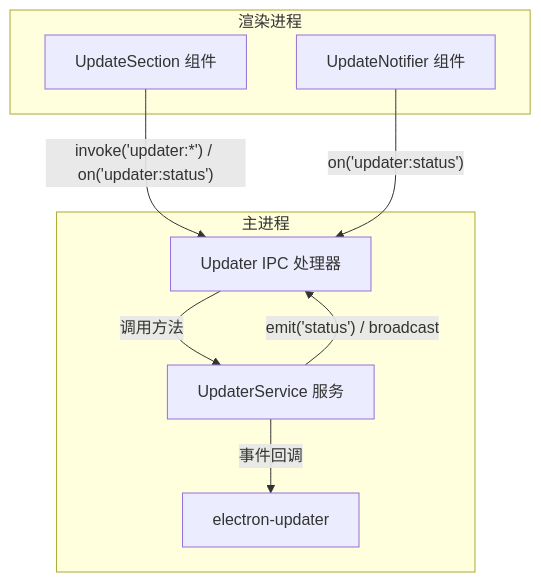
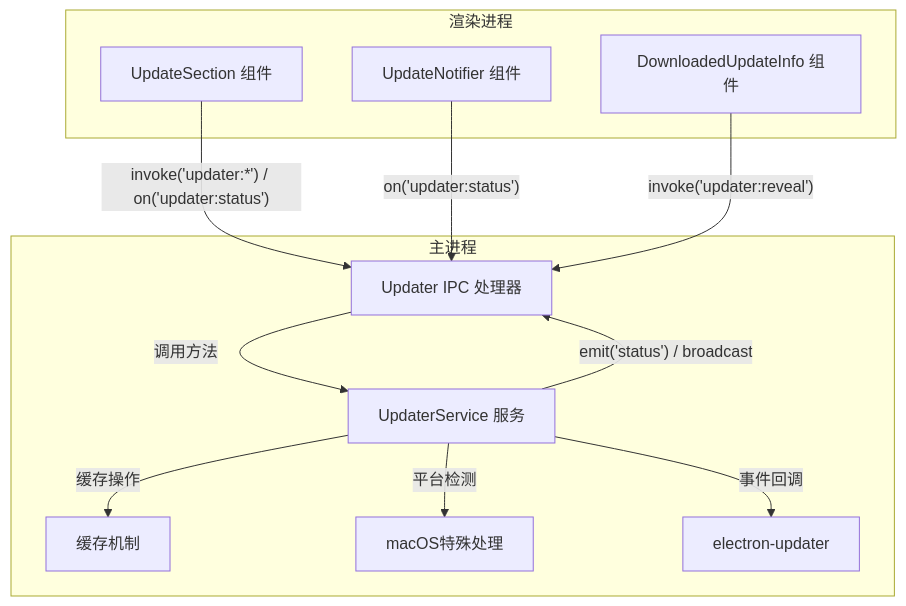
One commit to hozeeee/script-box changed the first of 5 diagrams in .qoder/repowiki/zh/content/前端应用架构/页面组件/设置页面/更新设置区块.md. Above: the diagram before and after it, drawn with Mermaid. The commit also changed other lines of this file and 5 other files, not shown here.

````diff
--- a/.qoder/repowiki/zh/content/前端应用架构/页面组件/设置页面/更新设置区块.md
+++ b/.qoder/repowiki/zh/content/前端应用架构/页面组件/设置页面/更新设置区块.md
@@ -35,17 +48,23 @@
 ```mermaid
 graph TB
 subgraph "渲染进程"
 UI["UpdateSection 组件"]
 Notifier["UpdateNotifier 组件"]
+DownloadedInfo["DownloadedUpdateInfo 组件"]
 end
 subgraph "主进程"
 IPC["Updater IPC 处理器"]
 Service["UpdaterService 服务"]
+Cache["缓存机制"]
+MacHandler["macOS特殊处理"]
 AutoUpdater["electron-updater"]
 end
 UI --> |"invoke('updater:*') / on('updater:status')"| IPC
 Notifier --> |"on('updater:status')"| IPC
+DownloadedInfo --> |"invoke('updater:reveal')"| IPC
 IPC --> |"调用方法"| Service
 Service --> |"事件回调"| AutoUpdater
+Service --> |"缓存操作"| Cache
+Service --> |"平台检测"| MacHandler
 Service --> |"emit('status') / broadcast"| IPC
 ```
````
